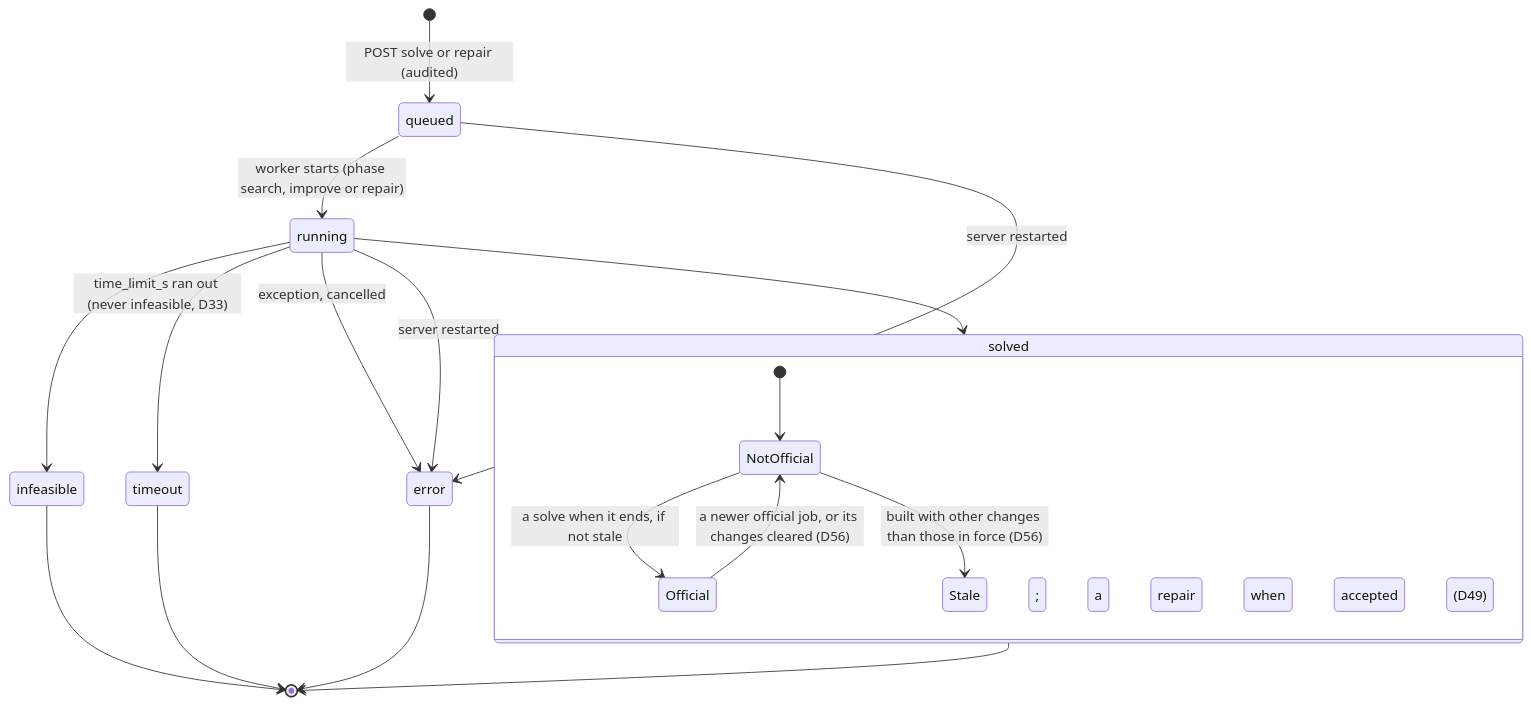
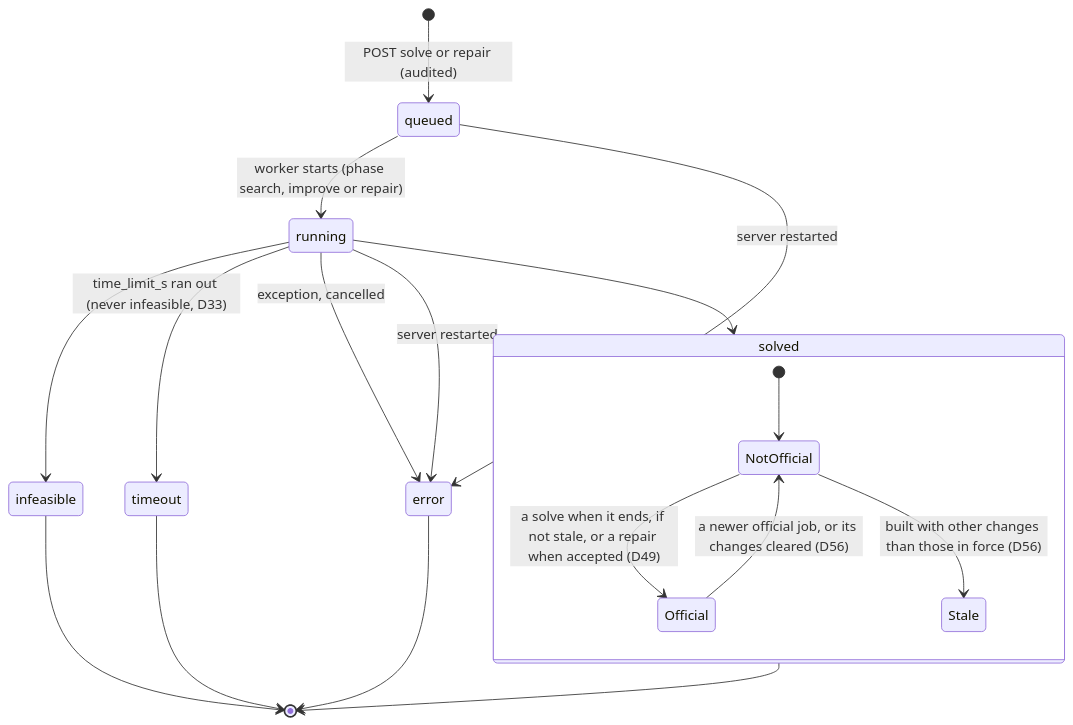
One commit to Nidzz07/Automated-Academic-Timetable-Scheduling-System changed the ninth of 12 diagrams in docs/uml.md. Above: the diagram before and after it, drawn with Mermaid. The commit also changed other lines of this file and 6 other files, not shown here.

Commit message:
fix(solver): S17c demo flows as the website sends them, change-29 repair no longer times out, current evaluation numbers

````diff
--- a/docs/uml.md
+++ b/docs/uml.md
@@ -327,22 +327,22 @@
 ```mermaid
 stateDiagram-v2
     [*] --> queued : POST solve or repair (audited)
     queued --> running : worker starts (phase search, improve or repair)
     running --> solved
     running --> infeasible
     running --> timeout : time_limit_s ran out (never infeasible, D33)
     running --> error : exception, cancelled
     queued --> error : server restarted
     running --> error : server restarted
     solved --> [*]
     infeasible --> [*]
     timeout --> [*]
     error --> [*]
 
     state solved {
         [*] --> NotOfficial
-        NotOfficial --> Official : a solve when it ends, if not stale; a repair when accepted (D49)
+        NotOfficial --> Official : a solve when it ends, if not stale, or a repair when accepted (D49)
         Official --> NotOfficial : a newer official job, or its changes cleared (D56)
         NotOfficial --> Stale : built with other changes than those in force (D56)
     }
 ```
````
